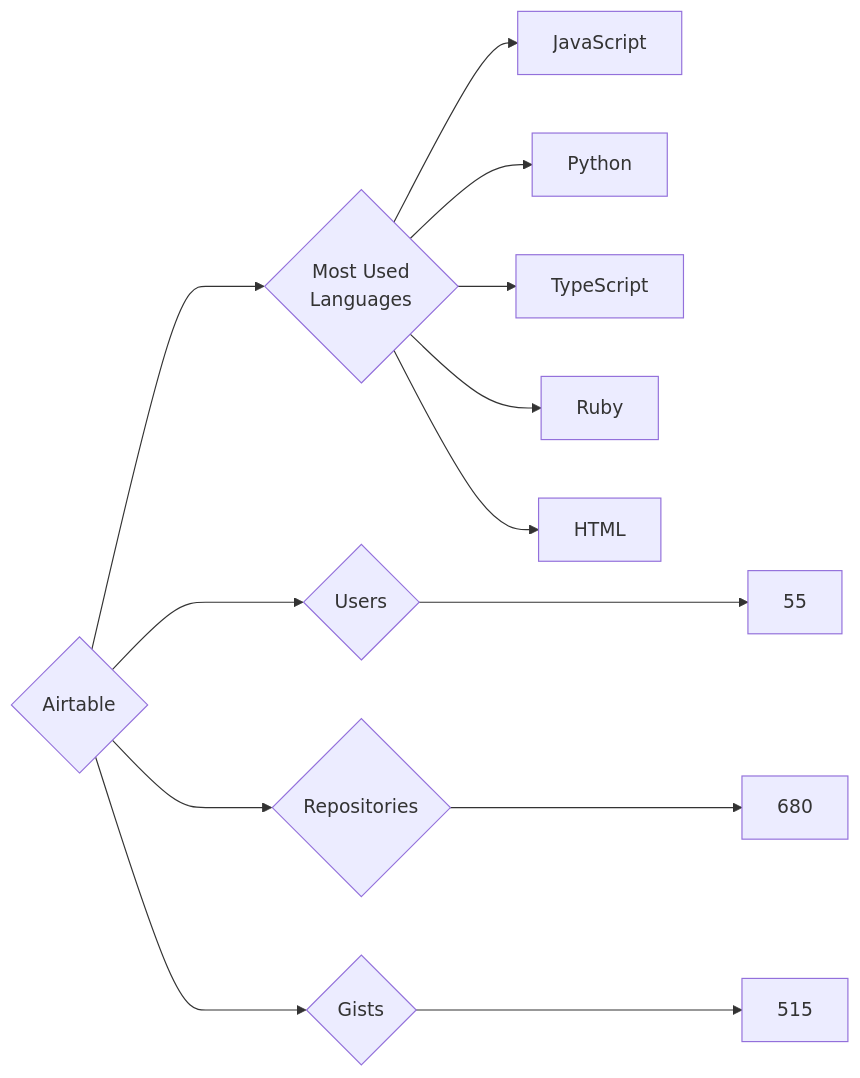
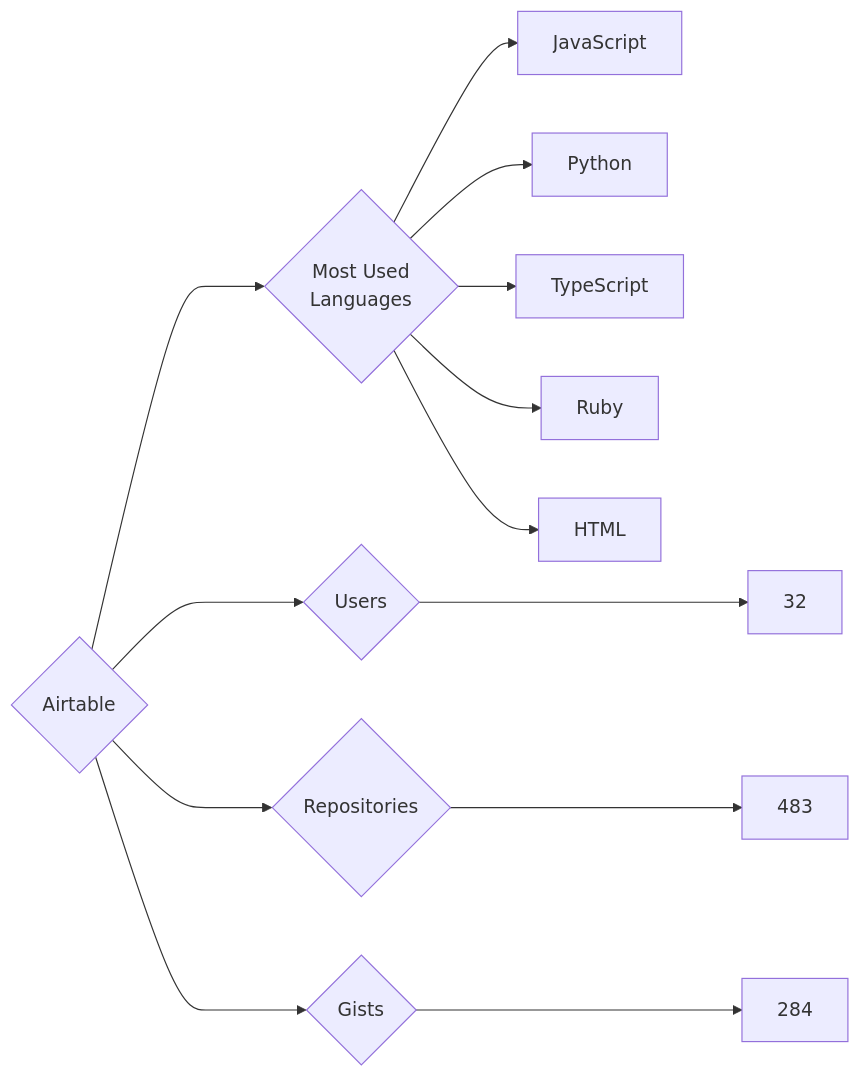
The diagram in targets/Airtable/README.md (trickest/insiders), drawn with Mermaid before and after one commit. The commit also changed 845 other files, not shown here.

````diff
--- a/targets/Airtable/README.md
+++ b/targets/Airtable/README.md
@@ -3,13 +3,13 @@
 ```mermaid
 graph LR
 COMPANY_NAME{Airtable}
-COMPANY_NAME ---> U{Users} ---> UN[55]
-COMPANY_NAME ---> R{Repositories} ---> RN[680]
-COMPANY_NAME ---> G{Gists} ---> GN[515]
+COMPANY_NAME ---> U{Users} ---> UN[32]
+COMPANY_NAME ---> R{Repositories} ---> RN[483]
+COMPANY_NAME ---> G{Gists} ---> GN[284]
 COMPANY_NAME ---> ML{Most Used<br>Languages}
 ML --> JavaScript[JavaScript]
 ML --> Python[Python]
 ML --> TypeScript[TypeScript]
 ML --> Ruby[Ruby]
 ML --> HTML[HTML]
 ```
````
